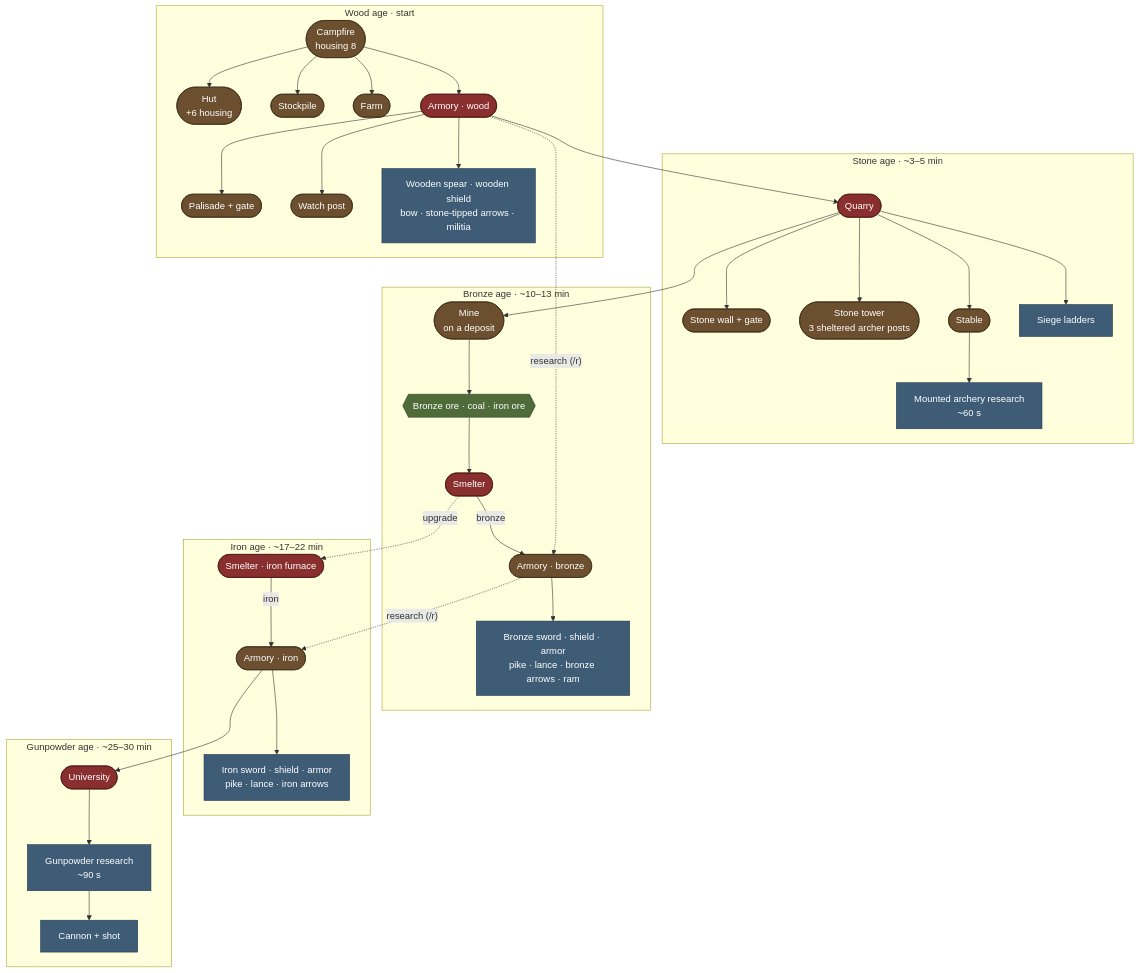
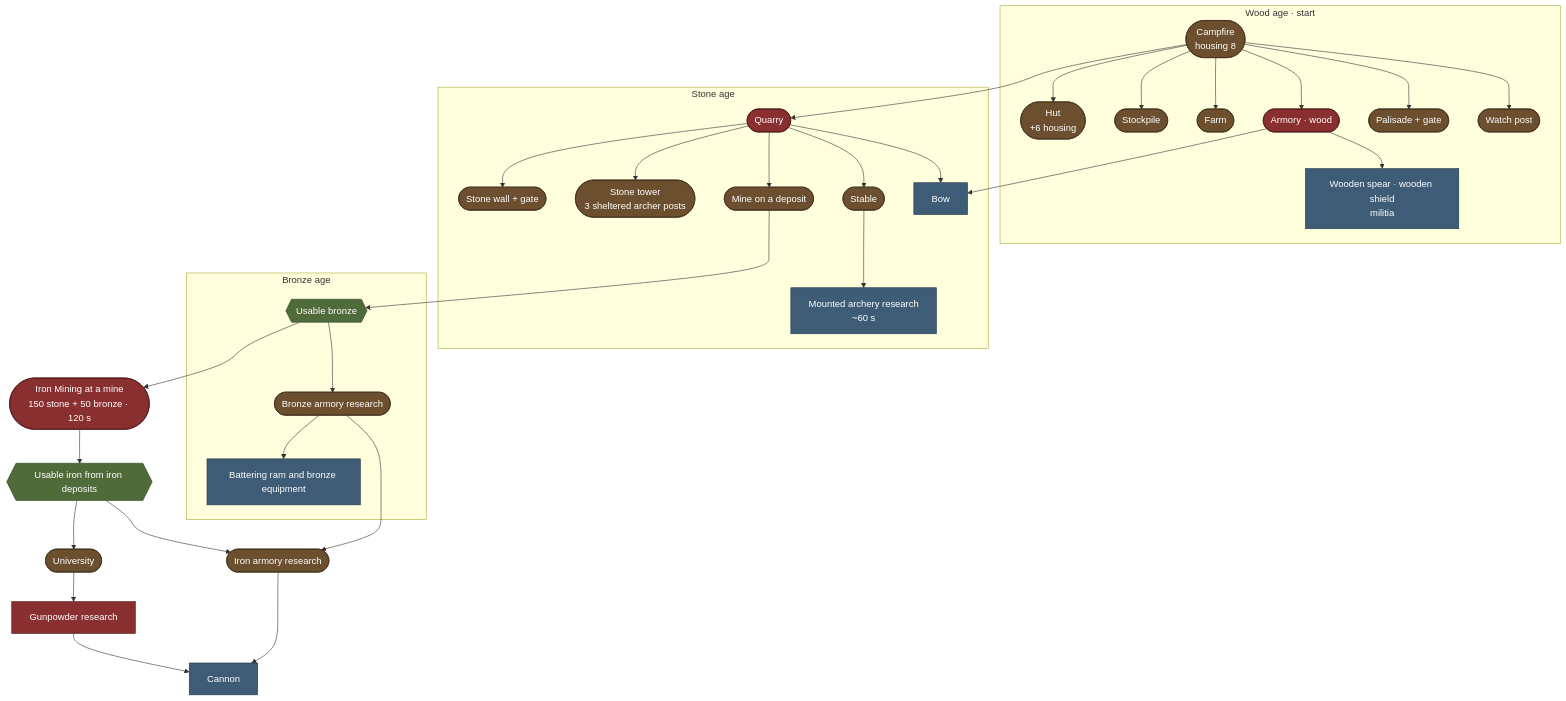
The first of 3 diagrams in TECH_TREE.md (BenNorbom/MarchHold), drawn with Mermaid before and after one commit. The commit also changed other lines of this file and 39 other files, not shown here.

Commit message:
Make Normal and Grand Army playable with direct mining and persistent siege crews

````diff
--- a/TECH_TREE.md
+++ b/TECH_TREE.md
@@ -11,60 +11,51 @@
 ```mermaid
 flowchart TB
   classDef bld fill:#6b4f2e,stroke:#3d2c18,color:#fff
   classDef item fill:#3e5c76,stroke:#22384a,color:#fff
   classDef res fill:#4f6b3a,stroke:#2e4222,color:#fff
   classDef key fill:#8a2f2f,stroke:#4a1616,color:#fff
 
   subgraph WOOD["Wood age · start"]
     fire(["Campfire<br/>housing 8"]):::bld
     hut(["Hut<br/>+6 housing"]):::bld
     stock(["Stockpile"]):::bld
     farm(["Farm"]):::bld
     armory1(["Armory · wood"]):::key
     palisade(["Palisade + gate"]):::bld
     post(["Watch post"]):::bld
-    w_items["Wooden spear · wooden shield<br/>bow · stone-tipped arrows · militia"]:::item
+    w_items["Wooden spear · wooden shield<br/>militia"]:::item
   end
 
-  subgraph STONE["Stone age · ~3–5 min"]
+  subgraph STONE["Stone age"]
     quarry(["Quarry"]):::key
     swall(["Stone wall + gate"]):::bld
     tower(["Stone tower<br/>3 sheltered archer posts"]):::bld
     stable(["Stable"]):::bld
-    ladders["Siege ladders"]:::item
+    mine(["Mine on a deposit"]):::bld
+    bow["Bow"]:::item
     mounted["Mounted archery research<br/>~60 s"]:::item
   end
 
-  subgraph BRONZE["Bronze age · ~10–13 min"]
-    mine(["Mine<br/>on a deposit"]):::bld
-    ores{{"Bronze ore · coal · iron ore"}}:::res
-    smelter1(["Smelter"]):::key
-    armory2(["Armory · bronze"]):::bld
-    b_items["Bronze sword · shield · armor<br/>pike · lance · bronze arrows · ram"]:::item
+  subgraph BRONZE["Bronze age"]
+    bronze{{"Usable bronze"}}:::res
+    armory2(["Bronze armory research"]):::bld
+    ram["Battering ram and bronze equipment"]:::item
   end
-
-  subgraph IRON["Iron age · ~17–22 min"]
-    smelter2(["Smelter · iron furnace"]):::key
-    armory3(["Armory · iron"]):::bld
-    i_items["Iron sword · shield · armor<br/>pike · lance · iron arrows"]:::item
-  end
-
-  subgraph GUN["Gunpowder age · ~25–30 min"]
-    univ(["University"]):::key
-    research["Gunpowder research<br/>~90 s"]:::item
-    cannon["Cannon + shot"]:::item
-  end
-
-  fire --> hut & stock & farm & armory1
-  armory1 --> palisade & post & w_items
-  armory1 --> quarry
-  quarry --> swall & tower & stable & ladders
+  irontech(["Iron Mining at a mine<br/>150 stone + 50 bronze · 120 s"]):::key
+  iron{{"Usable iron from iron deposits"}}:::res
+  armory3(["Iron armory research"]):::bld
+  univ(["University"]):::bld
+  gun["Gunpowder research"]:::key
+  cannon["Cannon"]:::item
+  fire --> hut & stock & farm & armory1 & palisade & post
+  armory1 --> w_items
+  fire --> quarry --> mine --> bronze
+  quarry --> swall & stable & tower & bow
+  armory1 --> bow
   stable --> mounted
-  quarry --> mine --> ores --> smelter1
-  smelter1 -->|"bronze"| armory2 --> b_items
-  armory1 -.->|"research (/r)"| armory2
-  smelter1 -.->|upgrade| smelter2
-  smelter2 -->|"iron"| armory3 --> i_items
-  armory2 -.->|"research (/r)"| armory3
-  armory3 --> univ --> research --> cannon
+  bronze --> armory2 --> ram
+  bronze --> irontech --> iron --> armory3
+  armory2 --> armory3
+  iron --> univ --> gun --> cannon
+  armory3 --> cannon
 ```
````
